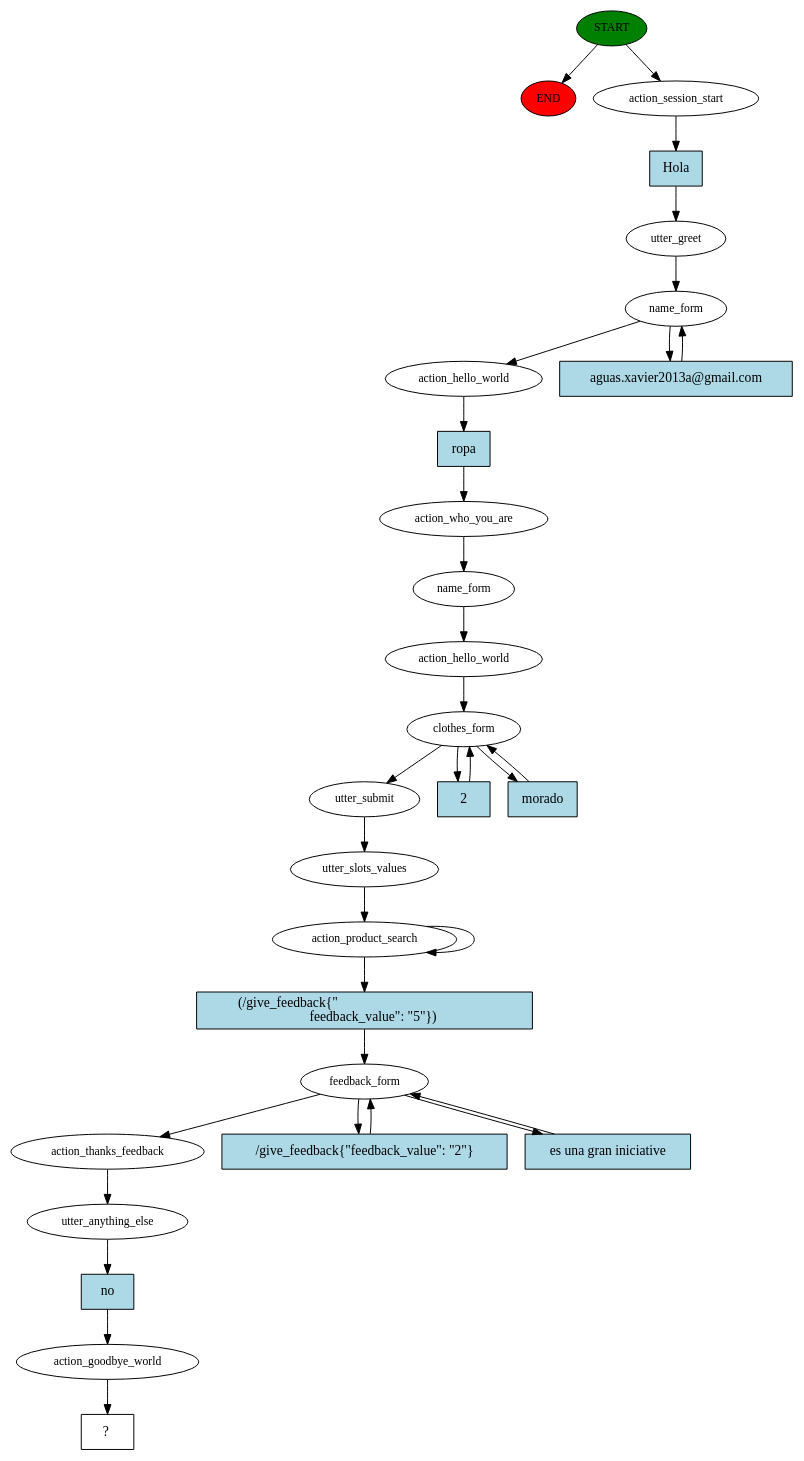
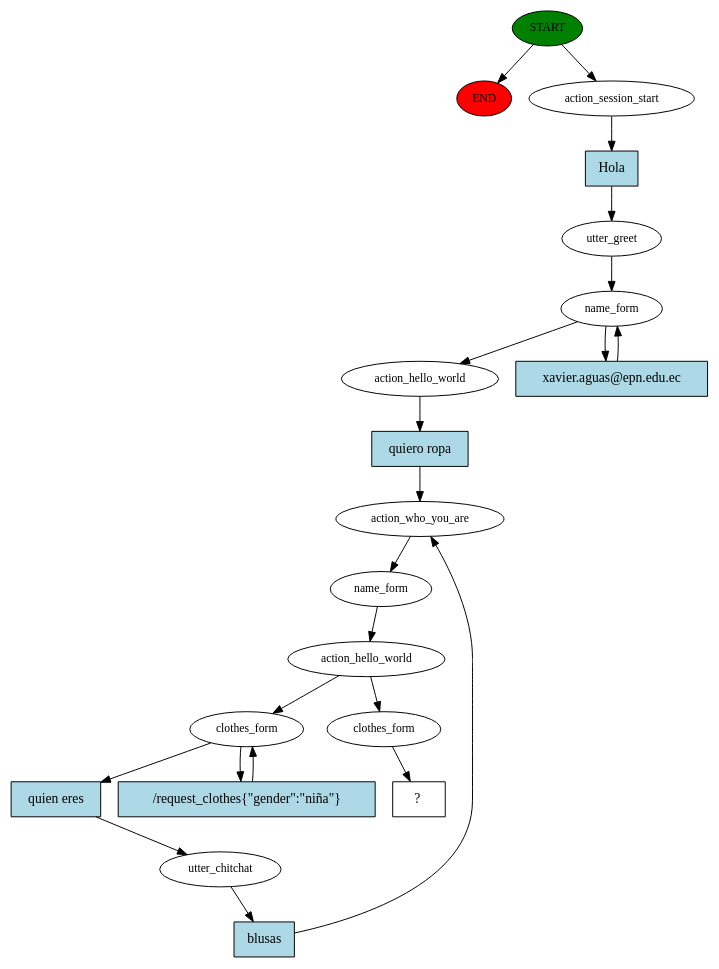
One commit to kabirivan/Ecommerce-Assistant-Jasmine changed the diagram in story_graph.dot. Above: the diagram before and after it, drawn with Graphviz. The commit also changed 11 other files, not shown here.

```diff
--- a/story_graph.dot
+++ b/story_graph.dot
@@ -1,61 +1,42 @@
 digraph  {
 0 [class="start active", fillcolor=green, fontsize=12, label=START, style=filled];
 "-1" [class=end, fillcolor=red, fontsize=12, label=END, style=filled];
 1 [class=active, fontsize=12, label=action_session_start];
 2 [class=active, fontsize=12, label=utter_greet];
 3 [class=active, fontsize=12, label=name_form];
 6 [class=active, fontsize=12, label=action_hello_world];
 7 [class=active, fontsize=12, label=action_who_you_are];
 8 [class=active, fontsize=12, label=name_form];
 9 [class=active, fontsize=12, label=action_hello_world];
 10 [class=active, fontsize=12, label=clothes_form];
-15 [class=active, fontsize=12, label=utter_submit];
-16 [class=active, fontsize=12, label=utter_slots_values];
-17 [class=active, fontsize=12, label=action_product_search];
-19 [class=active, fontsize=12, label=feedback_form];
-22 [class=active, fontsize=12, label=action_thanks_feedback];
-23 [class=active, fontsize=12, label=utter_anything_else];
-24 [class=active, fontsize=12, label=action_goodbye_world];
-25 [class="intent dashed active", label="  ?  ", shape=rect];
-26 [class="intent active", fillcolor=lightblue, label=Hola, shape=rect, style=filled];
-27 [class="intent active", fillcolor=lightblue, label="aguas.xavier2013a@gmail.com", shape=rect, style=filled];
-28 [class="intent active", fillcolor=lightblue, label=ropa, shape=rect, style=filled];
-29 [class="intent active", fillcolor=lightblue, label=2, shape=rect, style=filled];
-30 [class="intent active", fillcolor=lightblue, label=morado, shape=rect, style=filled];
-31 [class="intent active", fillcolor=lightblue, label="(/give_feedback{\"                                             \n      feedback_value\": \"5\"})", shape=rect, style=filled];
-32 [class="intent active", fillcolor=lightblue, label="/give_feedback{\"feedback_value\": \"2\"}", shape=rect, style=filled];
-33 [class="intent active", fillcolor=lightblue, label="es una gran iniciative", shape=rect, style=filled];
-34 [class="intent active", fillcolor=lightblue, label=no, shape=rect, style=filled];
+12 [class=active, fontsize=12, label=utter_chitchat];
+16 [class=active, fontsize=12, label=clothes_form];
+17 [class="intent dashed active", label="  ?  ", shape=rect];
+18 [class="intent active", fillcolor=lightblue, label=Hola, shape=rect, style=filled];
+19 [class="intent active", fillcolor=lightblue, label="xavier.aguas@epn.edu.ec", shape=rect, style=filled];
+20 [class="intent active", fillcolor=lightblue, label="quiero ropa", shape=rect, style=filled];
+21 [class="intent active", fillcolor=lightblue, label="quien eres", shape=rect, style=filled];
+22 [class="intent active", fillcolor=lightblue, label="/request_clothes{\"gender\":\"niña\"}", shape=rect, style=filled];
+23 [class="intent active", fillcolor=lightblue, label=blusas, shape=rect, style=filled];
 0 -> "-1"  [class="", key=NONE, label=""];
 0 -> 1  [class=active, key=NONE, label=""];
-1 -> 26  [class=active, key=0];
+1 -> 18  [class=active, key=0];
 2 -> 3  [class=active, key=NONE, label=""];
 3 -> 6  [class=active, key=NONE, label=""];
-3 -> 27  [class=active, key=0];
-6 -> 28  [class=active, key=0];
+3 -> 19  [class=active, key=0];
+6 -> 20  [class=active, key=0];
 7 -> 8  [class=active, key=NONE, label=""];
 8 -> 9  [class=active, key=NONE, label=""];
 9 -> 10  [class=active, key=NONE, label=""];
-10 -> 15  [class=active, key=NONE, label=""];
-10 -> 29  [class=active, key=0];
-10 -> 30  [class=active, key=0];
-15 -> 16  [class=active, key=NONE, label=""];
+9 -> 16  [class=active, key=NONE, label=""];
+10 -> 21  [class=active, key=0];
+10 -> 22  [class=active, key=0];
+12 -> 23  [class=active, key=0];
 16 -> 17  [class=active, key=NONE, label=""];
-17 -> 17  [class=active, key=NONE, label=""];
-17 -> 31  [class=active, key=0];
-19 -> 22  [class=active, key=NONE, label=""];
-19 -> 32  [class=active, key=0];
-19 -> 33  [class=active, key=0];
-22 -> 23  [class=active, key=NONE, label=""];
-23 -> 34  [class=active, key=0];
-24 -> 25  [class=active, key=NONE, label=""];
-26 -> 2  [class=active, key=0];
-27 -> 3  [class=active, key=0];
-28 -> 7  [class=active, key=0];
-29 -> 10  [class=active, key=0];
-30 -> 10  [class=active, key=0];
-31 -> 19  [class=active, key=0];
-32 -> 19  [class=active, key=0];
-33 -> 19  [class=active, key=0];
-34 -> 24  [class=active, key=0];
+18 -> 2  [class=active, key=0];
+19 -> 3  [class=active, key=0];
+20 -> 7  [class=active, key=0];
+21 -> 12  [class=active, key=0];
+22 -> 10  [class=active, key=0];
+23 -> 7  [class=active, key=0];
 }
```
